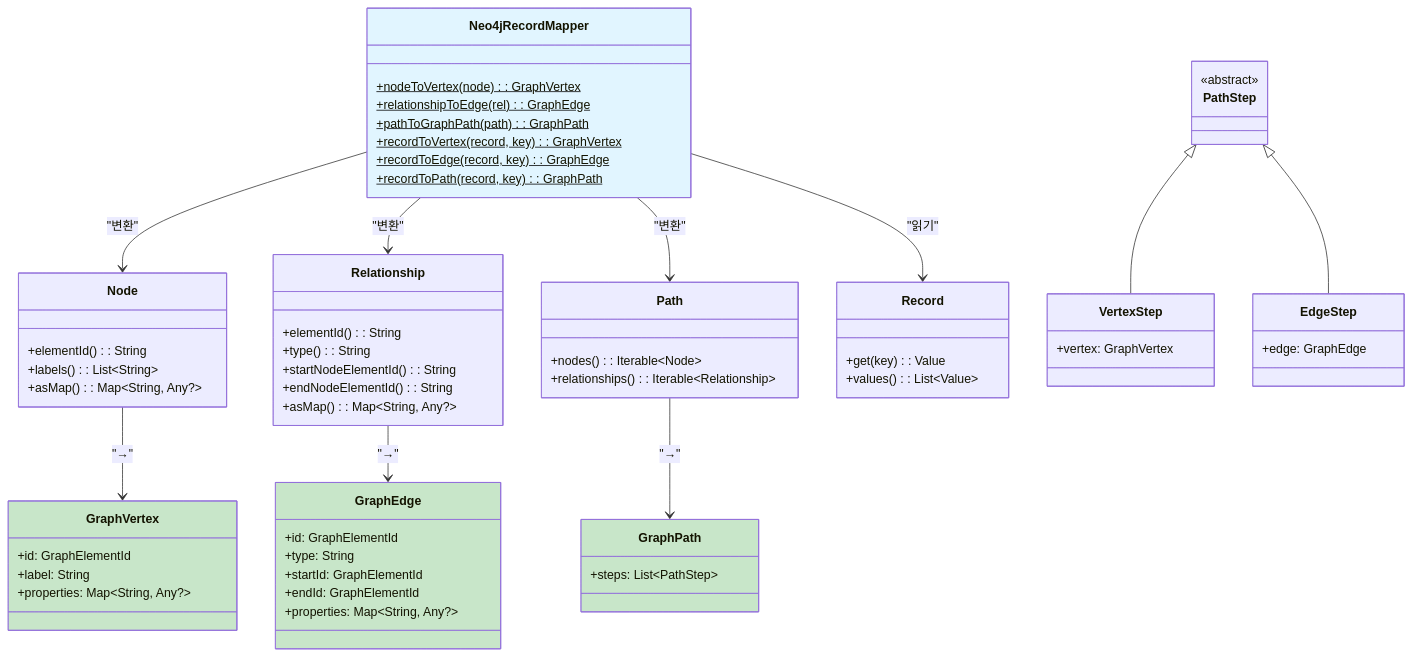
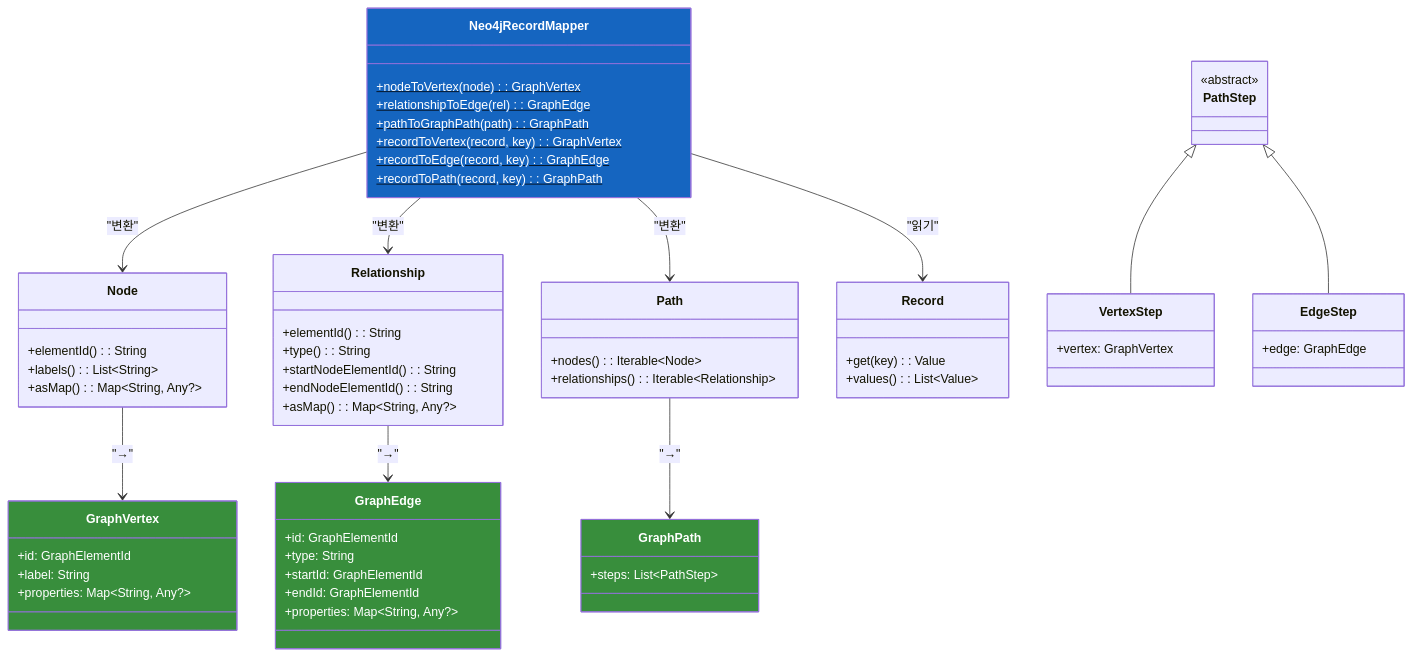
One commit to bluetape4k/bluetape4k-experimental changed the fifth of 12 diagrams in graph/graph-neo4j/README.md. Above: the diagram before and after it, drawn with Mermaid. The commit also changed other lines of this file and 71 other files, not shown here.

First line of the commit message:
feat(graph): Memgraph, TinkerPop 백엔드 및 Neo4j/Memgraph/TinkerPop 예제 추가

````diff
--- a/graph/graph-neo4j/README.md
+++ b/graph/graph-neo4j/README.md
@@ -216,80 +216,80 @@
 ```mermaid
 classDiagram
     class Neo4jRecordMapper {
         +nodeToVertex(node): GraphVertex$
         +relationshipToEdge(rel): GraphEdge$
         +pathToGraphPath(path): GraphPath$
         +recordToVertex(record, key): GraphVertex$
         +recordToEdge(record, key): GraphEdge$
         +recordToPath(record, key): GraphPath$
     }
 
     class Node {
         +elementId(): String
         +labels(): List~String~
         +asMap(): Map~String, Any?~
     }
 
     class Relationship {
         +elementId(): String
         +type(): String
         +startNodeElementId(): String
         +endNodeElementId(): String
         +asMap(): Map~String, Any?~
     }
 
     class Path {
         +nodes(): Iterable~Node~
         +relationships(): Iterable~Relationship~
     }
 
     class Record {
         +get(key): Value
         +values(): List~Value~
     }
 
     class GraphVertex {
         +id: GraphElementId
         +label: String
         +properties: Map~String, Any?~
     }
 
     class GraphEdge {
         +id: GraphElementId
         +type: String
         +startId: GraphElementId
         +endId: GraphElementId
         +properties: Map~String, Any?~
     }
 
     class PathStep {
         <<abstract>>
     }
 
     class VertexStep {
         +vertex: GraphVertex
     }
 
     class EdgeStep {
         +edge: GraphEdge
     }
 
     class GraphPath {
         +steps: List~PathStep~
     }
 
     Neo4jRecordMapper --> Node: "변환"
     Neo4jRecordMapper --> Relationship: "변환"
     Neo4jRecordMapper --> Path: "변환"
     Neo4jRecordMapper --> Record: "읽기"
     Node --> GraphVertex: "→"
     Relationship --> GraphEdge: "→"
     PathStep <|-- VertexStep
     PathStep <|-- EdgeStep
     Path --> GraphPath: "→"
 
-    style Neo4jRecordMapper fill:#e1f5ff
-    style GraphVertex fill:#c8e6c9
-    style GraphEdge fill:#c8e6c9
-    style GraphPath fill:#c8e6c9
+    style Neo4jRecordMapper fill:#1565C0,color:#fff
+    style GraphVertex fill:#388E3C,color:#fff
+    style GraphEdge fill:#388E3C,color:#fff
+    style GraphPath fill:#388E3C,color:#fff
 ```
````
